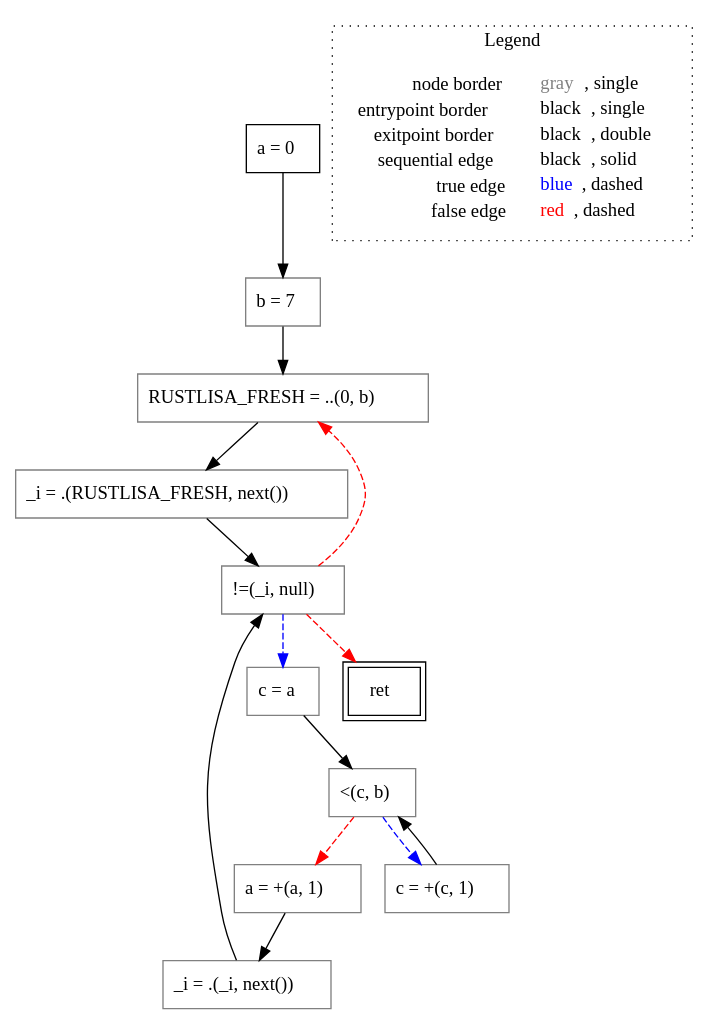
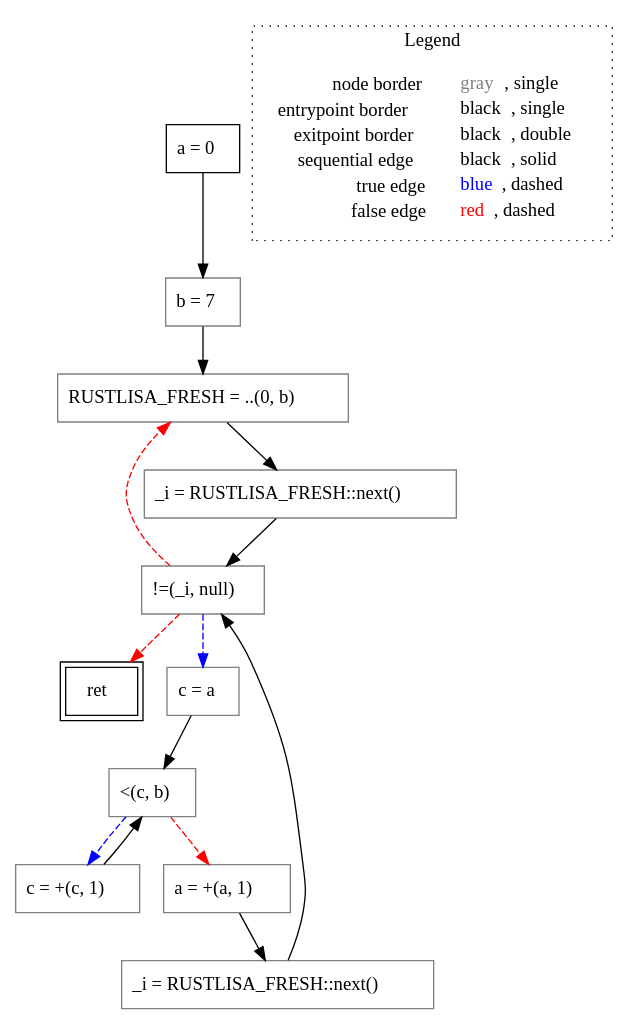
The diagram in rust-lisa/rust-testcases/cfg/nested-loops/untyped_rust-testcases_cfg_nested-loops_nested-loops.rs.main().dot (VincenzoArceri/rust-lisa), drawn with Graphviz before and after one commit. The commit also changed 3 other files, not shown here.

```diff
--- a/rust-lisa/rust-testcases/cfg/nested-loops/untyped_rust-testcases_cfg_nested-loops_nested-loops.rs.main().dot
+++ b/rust-lisa/rust-testcases/cfg/nested-loops/untyped_rust-testcases_cfg_nested-loops_nested-loops.rs.main().dot
@@ -1,33 +1,33 @@
 digraph {
 	"node0" [shape="rect",color="black",label=<a = 0>];
-	"node1" [shape="rect",color="gray",label=<&lt;(c, b)>];
-	"node2" [shape="rect",color="gray",label=<RUSTLISA_FRESH = ..(0, b)>];
-	"node3" [shape="rect",color="gray",label=<c = a>];
-	"node4" [shape="rect",color="gray",label=<_i = .(RUSTLISA_FRESH, next())>];
-	"node5" [shape="rect",color="black",peripheries="2",label=<ret>];
-	"node6" [shape="rect",color="gray",label=<b = 7>];
-	"node7" [shape="rect",color="gray",label=<_i = .(_i, next())>];
-	"node8" [shape="rect",color="gray",label=<a = +(a, 1)>];
-	"node9" [shape="rect",color="gray",label=<!=(_i, null)>];
-	"node10" [shape="rect",color="gray",label=<c = +(c, 1)>];
-	"node1" -> "node8" [color="red",style="dashed"];
-	"node1" -> "node10" [color="blue",style="dashed"];
-	"node2" -> "node4" [color="black"];
-	"node3" -> "node1" [color="black"];
-	"node4" -> "node9" [color="black"];
-	"node6" -> "node2" [color="black"];
-	"node7" -> "node9" [color="black"];
-	"node0" -> "node6" [color="black"];
-	"node8" -> "node7" [color="black"];
-	"node9" -> "node2" [color="red",style="dashed"];
-	"node9" -> "node3" [color="blue",style="dashed"];
-	"node9" -> "node5" [color="red",style="dashed"];
-	"node10" -> "node1" [color="black"];
+	"node1" [shape="rect",color="gray",label=<c = +(c, 1)>];
+	"node2" [shape="rect",color="black",peripheries="2",label=<ret>];
+	"node3" [shape="rect",color="gray",label=<&lt;(c, b)>];
+	"node4" [shape="rect",color="gray",label=<a = +(a, 1)>];
+	"node5" [shape="rect",color="gray",label=<!=(_i, null)>];
+	"node6" [shape="rect",color="gray",label=<_i = RUSTLISA_FRESH::next()>];
+	"node7" [shape="rect",color="gray",label=<_i = RUSTLISA_FRESH::next()>];
+	"node8" [shape="rect",color="gray",label=<RUSTLISA_FRESH = ..(0, b)>];
+	"node9" [shape="rect",color="gray",label=<c = a>];
+	"node10" [shape="rect",color="gray",label=<b = 7>];
+	"node0" -> "node10" [color="black"];
+	"node1" -> "node3" [color="black"];
+	"node3" -> "node4" [color="red",style="dashed"];
+	"node3" -> "node1" [color="blue",style="dashed"];
+	"node4" -> "node7" [color="black"];
+	"node5" -> "node8" [color="red",style="dashed"];
+	"node5" -> "node9" [color="blue",style="dashed"];
+	"node5" -> "node2" [color="red",style="dashed"];
+	"node6" -> "node5" [color="black"];
+	"node7" -> "node5" [color="black"];
+	"node8" -> "node6" [color="black"];
+	"node9" -> "node3" [color="black"];
+	"node10" -> "node8" [color="black"];
 subgraph cluster_legend {
 	label="Legend";
 	style=dotted;
 	node [shape=plaintext];
 	"legend" [label=<<table border="0" cellpadding="2" cellspacing="0" cellborder="0"><tr><td align="right">node border&nbsp;</td><td align="left"><font color="gray">gray</font>, single</td></tr><tr><td align="right">entrypoint border&nbsp;</td><td align="left"><font color="black">black</font>, single</td></tr><tr><td align="right">exitpoint border&nbsp;</td><td align="left"><font color="black">black</font>, double</td></tr><tr><td align="right">sequential edge&nbsp;</td><td align="left"><font color="black">black</font>, solid</td></tr><tr><td align="right">true edge&nbsp;</td><td align="left"><font color="blue">blue</font>, dashed</td></tr><tr><td align="right">false edge&nbsp;</td><td align="left"><font color="red">red</font>, dashed</td></tr></table>>];
 }
 
 }
```
